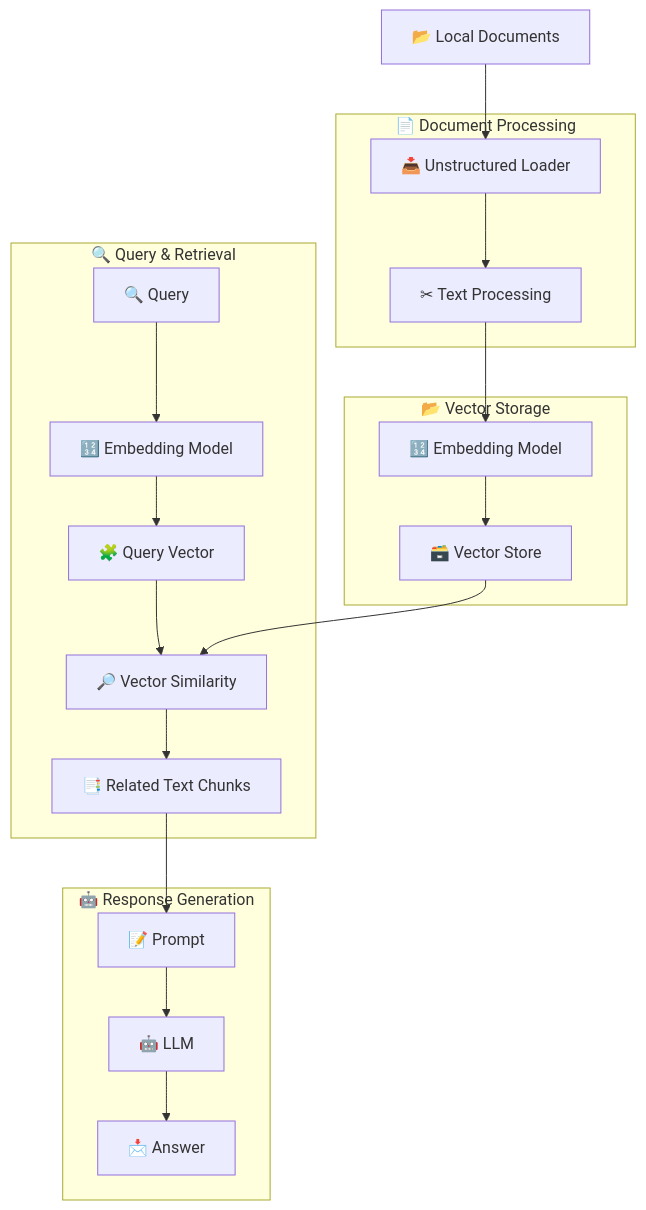
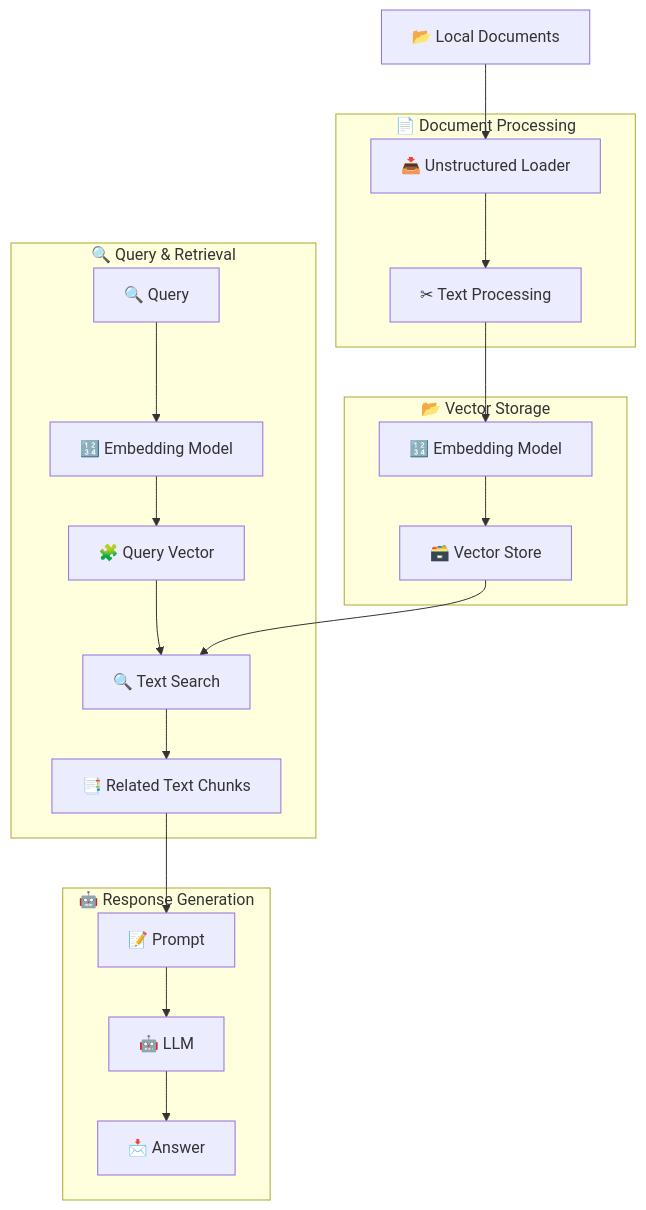
The diagram in RAG.md (Danielyan86/nlp-workshop), drawn with Mermaid before and after one commit. The commit also changed other lines of this file, not shown here.

Commit message:
Update flowchart in RAG.md to rename "Vector Similarity" to "Text Search" for improved clarity. Added a line break in the examples section to enhance formatting.

````diff
--- a/RAG.md
+++ b/RAG.md
@@ -46,44 +46,44 @@
 ```mermaid
 flowchart TD
     %% Document Processing
     subgraph subGraph0["📄 Document Processing"]
         B["📥 Unstructured Loader"]
         C["✂ Text Processing"]
     end
 
     %% Vector Storage
     subgraph subGraph1["📂 Vector Storage"]
         E["🔢 Embedding Model"]
         G["🗃️ Vector Store"]
     end
 
     %% Query & Retrieval
     subgraph subGraph2["🔍 Query & Retrieval"]
         H["🔍 Query"]
         I["🔢 Embedding Model"]
         J["🧩 Query Vector"]
-        K["🔎 Vector Similarity"]
+        K["🔍 Text Search"]
         L["📑 Related Text Chunks"]
     end
 
     %% Response Generation
     subgraph subGraph3["🤖 Response Generation"]
         M["📝 Prompt"]
         N["🤖 LLM"]
         O["📩 Answer"]
     end
 
     %% Flow connections
     A["📂 Local Documents"] --> B
     B --> C
     C --> E
     E --> G
     H --> I
     I --> J
     J --> K
     K --> L
     L --> M
     M --> N
     N --> O
     G --> K
 ```
````
